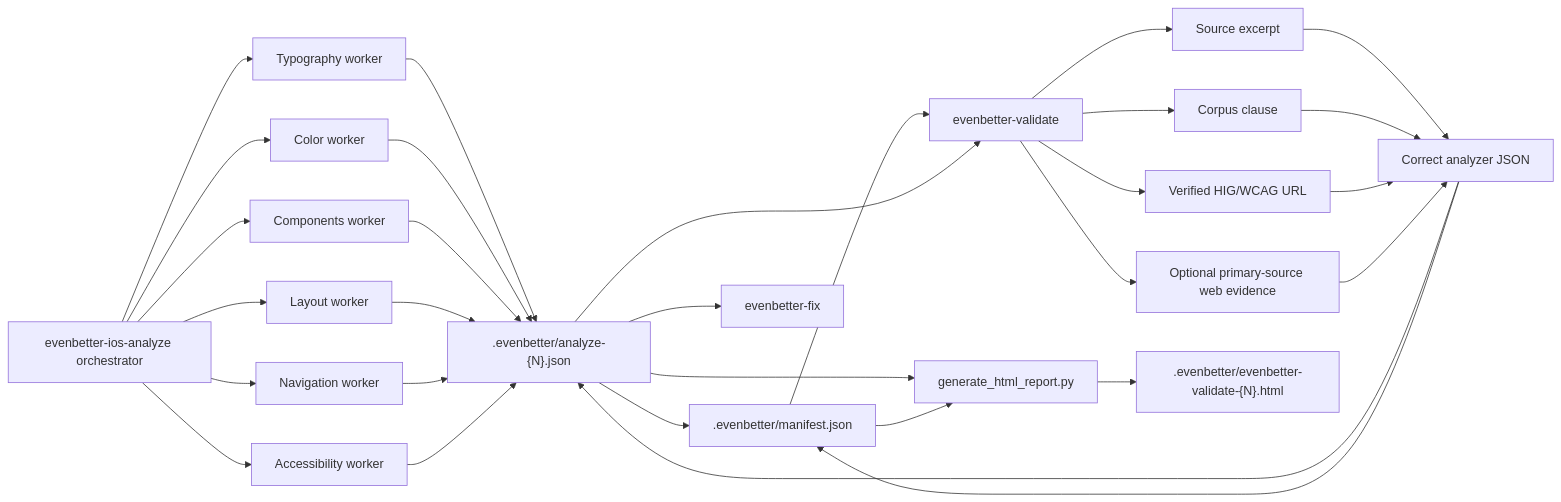
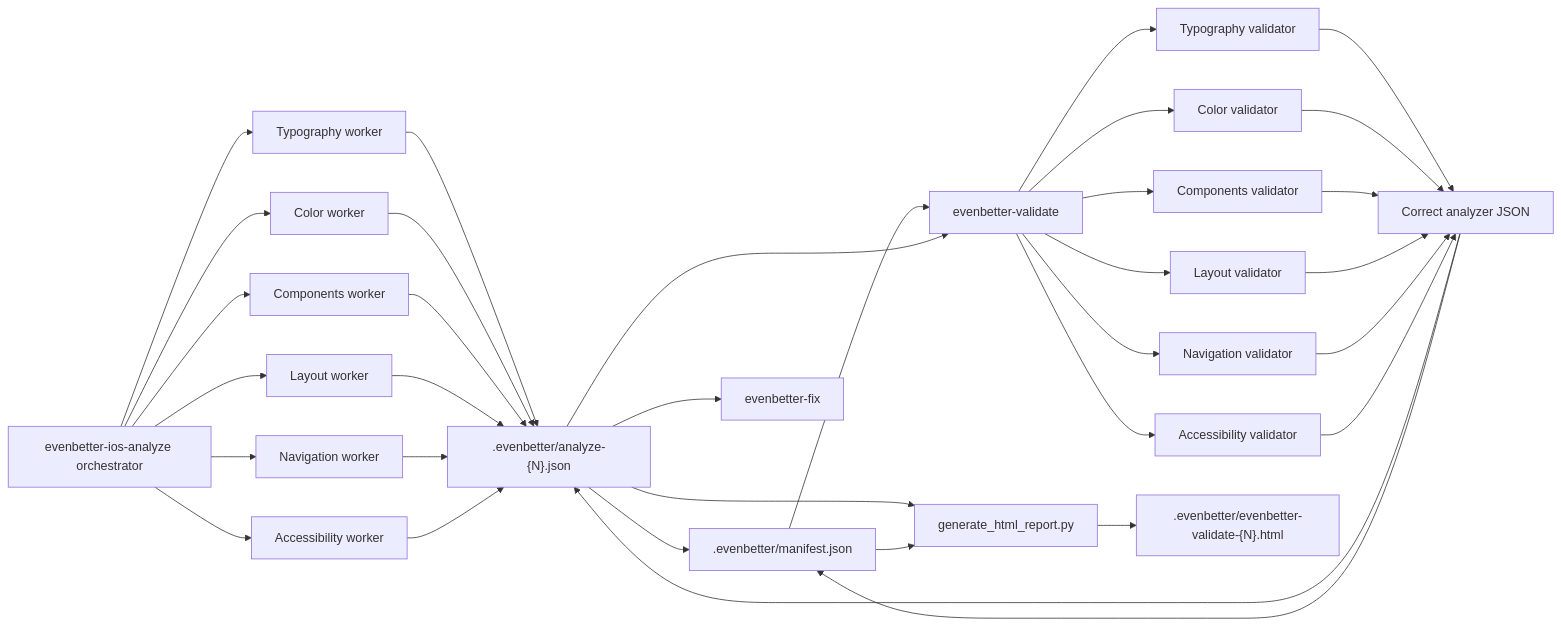
One commit to MelloBirkan/EvenBetterFramework changed the diagram in plugins/evenbetter-ios/skills/evenbetter-validate/references/architecture.md. Above: the diagram before and after it, drawn with Mermaid. The commit also changed other lines of this file and 15 other files, not shown here.

````diff
--- a/plugins/evenbetter-ios/skills/evenbetter-validate/references/architecture.md
+++ b/plugins/evenbetter-ios/skills/evenbetter-validate/references/architecture.md
@@ -5,32 +5,36 @@
 ```mermaid
 flowchart LR
   A["evenbetter-ios-analyze orchestrator"] --> B["Typography worker"]
   A --> C["Color worker"]
   A --> D["Components worker"]
   A --> E["Layout worker"]
   A --> F["Navigation worker"]
   A --> G["Accessibility worker"]
   B --> H[".evenbetter/analyze-{N}.json"]
   C --> H
   D --> H
   E --> H
   F --> H
   G --> H
   H --> O[".evenbetter/manifest.json"]
   O --> I["evenbetter-validate"]
   H --> I
-  I --> J["Source excerpt"]
-  I --> K["Corpus clause"]
-  I --> L["Verified HIG/WCAG URL"]
-  I --> R["Optional primary-source web evidence"]
+  I --> J["Typography validator"]
+  I --> K["Color validator"]
+  I --> L["Components validator"]
+  I --> R["Layout validator"]
+  I --> T["Navigation validator"]
+  I --> U["Accessibility validator"]
   J --> M["Correct analyzer JSON"]
   K --> M
   L --> M
   R --> M
+  T --> M
+  U --> M
   M --> H
   M --> O
   H --> P["generate_html_report.py"]
   O --> P
   P --> Q[".evenbetter/evenbetter-validate-{N}.html"]
   H --> S["evenbetter-fix"]
 ```
````
